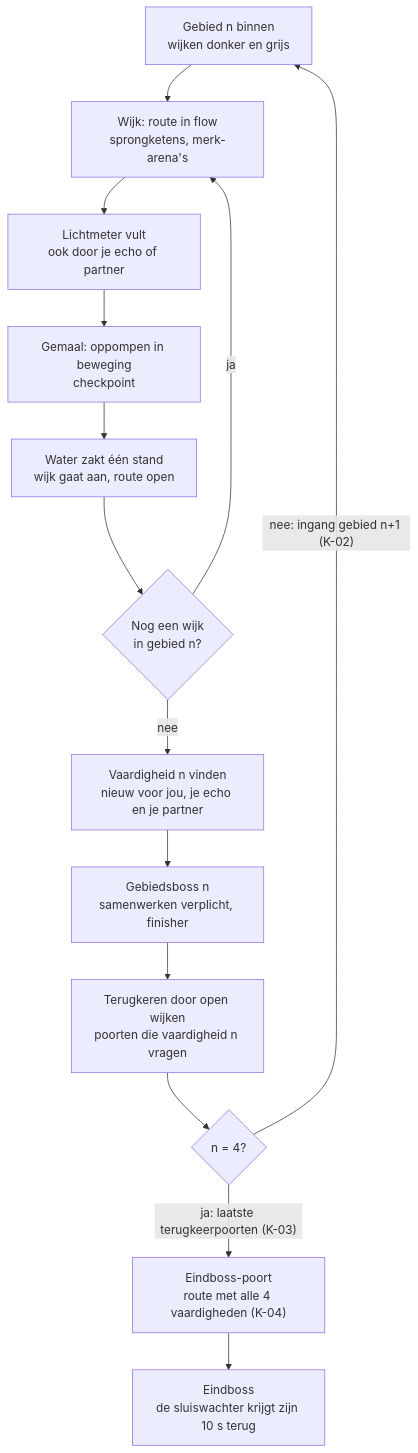
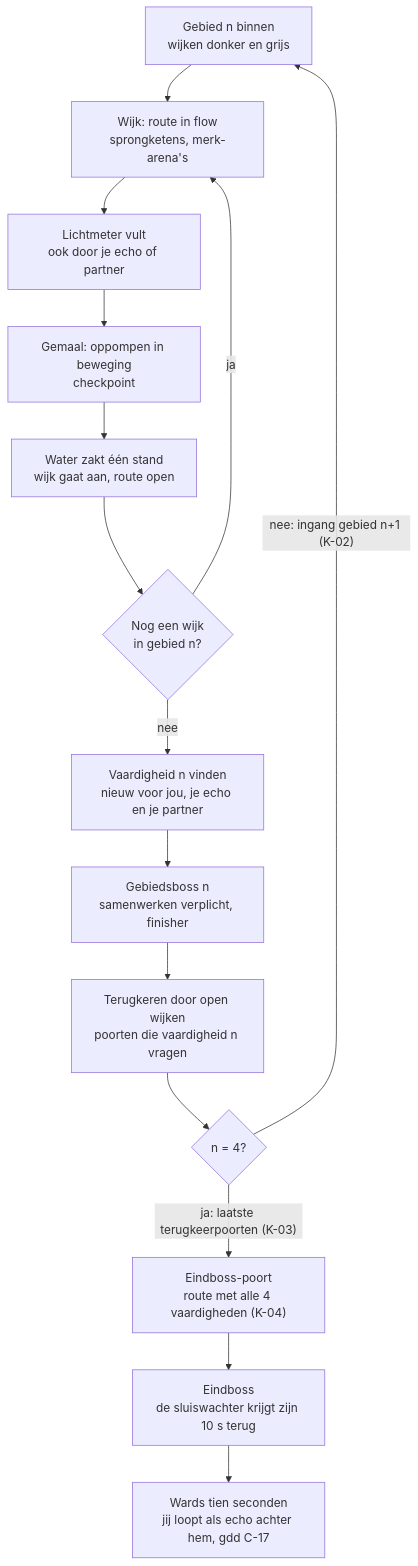
The first of 3 diagrams in docs/design/kernloop.md (cesarvangerwen-glitch/echoborn), drawn with Mermaid before and after one commit. The commit also changed other lines of this file and 3 other files, not shown here.

````diff
--- a/docs/design/kernloop.md
+++ b/docs/design/kernloop.md
@@ -29,16 +29,17 @@
 ```mermaid
 flowchart TD
     A[Gebied n binnen<br/>wijken donker en grijs] --> B[Wijk: route in flow<br/>sprongketens, merk-arena's]
     B --> C[Lichtmeter vult<br/>ook door je echo of partner]
     C --> D[Gemaal: oppompen in beweging<br/>checkpoint]
     D --> E[Water zakt één stand<br/>wijk gaat aan, route open]
     E --> F{Nog een wijk<br/>in gebied n?}
     F -- ja --> B
     F -- nee --> G[Vaardigheid n vinden<br/>nieuw voor jou, je echo en je partner]
     G --> H[Gebiedsboss n<br/>samenwerken verplicht, finisher]
     H --> I[Terugkeren door open wijken<br/>poorten die vaardigheid n vragen]
     I --> J{n = 4?}
     J -- "nee: ingang gebied n+1 (K-02)" --> A
     J -- "ja: laatste terugkeerpoorten (K-03)" --> K["Eindboss-poort<br/>route met alle 4 vaardigheden (K-04)"]
     K --> L[Eindboss<br/>de sluiswachter krijgt zijn 10 s terug]
+    L --> M[Wards tien seconden<br/>jij loopt als echo achter hem, gdd C-17]
 ```
````
